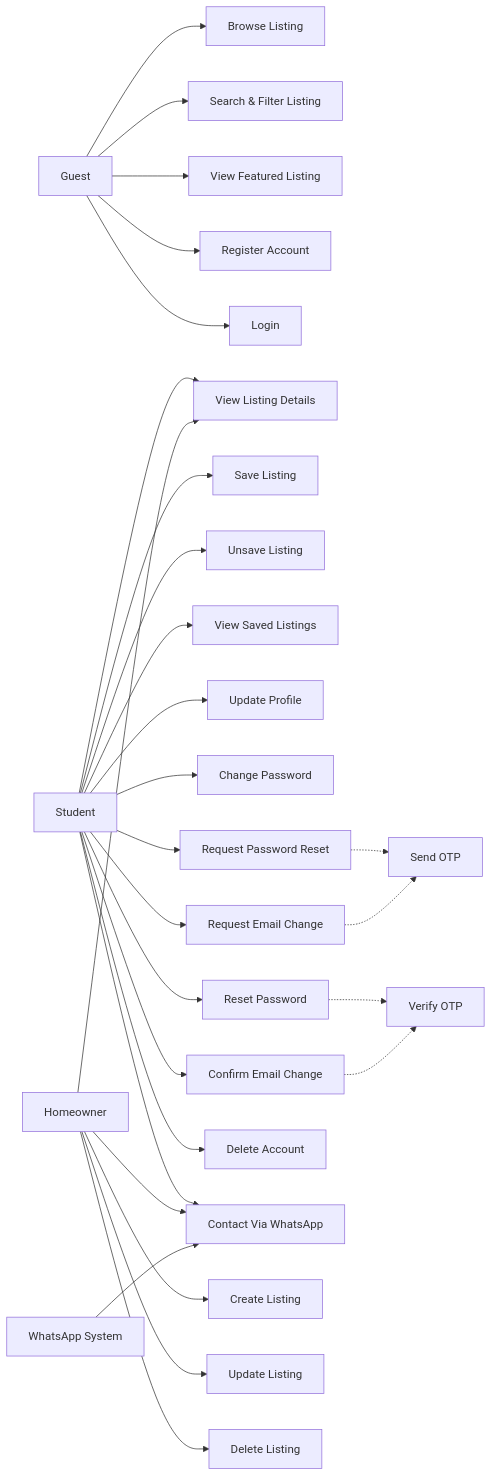
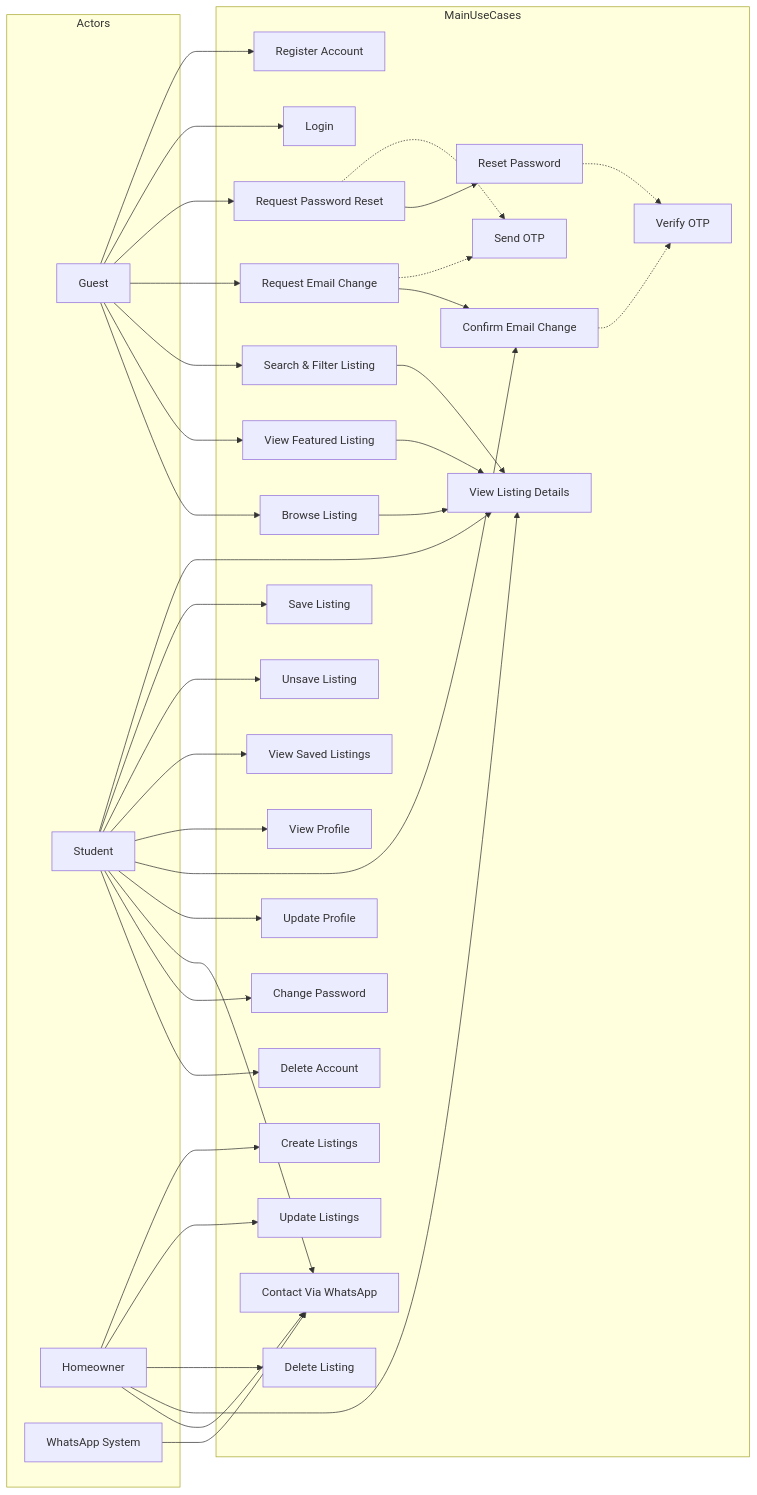
Before and after one commit to tabaraksheikh/Roommie: the sixth of 7 diagrams in Architecture.md, drawn with Mermaid.

Commit message:
update architecture

````diff
--- a/Architecture.md
+++ b/Architecture.md
@@ -570,34 +570,72 @@
 ```mermaid
 flowchart LR
-  Guest[Guest] --> Browse["Browse Listing"]
-  Guest --> SearchFilter["Search & Filter Listing"]
-  Guest --> Featured["View Featured Listing"]
-  Guest --> Register["Register Account"]
-  Guest --> Login["Login"]
+  subgraph Actors
+    GuestA[Guest]
+    StudentA[Student]
+    HomeownerA[Homeowner]
+    WhatsAppSystem["WhatsApp System"]
+  end
 
-  Student[Student] --> Details["View Listing Details"]
-  Student --> Save["Save Listing"]
-  Student --> Unsave["Unsave Listing"]
-  Student --> Saved["View Saved Listings"]
-  Student --> UpdateProfile["Update Profile"]
-  Student --> ChangePassword["Change Password"]
-  Student --> RequestPasswordReset["Request Password Reset"]
-  Student --> ResetPassword["Reset Password"]
-  Student --> RequestEmailChange["Request Email Change"]
-  Student --> ConfirmEmailChange["Confirm Email Change"]
-  Student --> DeleteAccount["Delete Account"]
-  Student --> ContactWhatsApp["Contact Via WhatsApp"]
+  subgraph MainUseCases
+    Register["Register Account"]
+    Login["Login"]
+    RequestPasswordReset["Request Password Reset"]
+    RequestEmailChange["Request Email Change"]
+    ResetPassword["Reset Password"]
+    SaveListing["Save Listing"]
+    UnsaveListing["Unsave Listing"]
+    ViewSaved["View Saved Listings"]
+    DeleteAccount["Delete Account"]
+    ViewProfile["View Profile"]
+    ConfirmEmailChange["Confirm Email Change"]
+    UpdateProfile["Update Profile"]
+    ContactViaWhatsApp["Contact Via WhatsApp"]
+    ChangePassword["Change Password"]
+    DeleteListing["Delete Listing"]
+    CreateListing["Create Listings"]
+    UpdateListing["Update Listings"]
+    SearchFilter["Search & Filter Listing"]
+    ViewFeatured["View Featured Listing"]
+    BrowseListing["Browse Listing"]
+    ViewDetails["View Listing Details"]
+    SendOTP["Send OTP"]
+    VerifyOTP["Verify OTP"]
+  end
 
-  Homeowner[Homeowner] --> CreateListing["Create Listing"]
-  Homeowner --> UpdateListing["Update Listing"]
-  Homeowner --> DeleteListing["Delete Listing"]
-  Homeowner --> Details
-  Homeowner --> ContactWhatsApp
+  GuestA --> Register
+  GuestA --> Login
+  GuestA --> RequestPasswordReset
+  GuestA --> RequestEmailChange
+  GuestA --> SearchFilter
+  GuestA --> ViewFeatured
+  GuestA --> BrowseListing
 
-  WhatsAppSystem["WhatsApp System"] --> ContactWhatsApp
+  StudentA --> ViewDetails
+  StudentA --> SaveListing
+  StudentA --> UnsaveListing
+  StudentA --> ViewSaved
+  StudentA --> ViewProfile
+  StudentA --> ConfirmEmailChange
+  StudentA --> UpdateProfile
+  StudentA --> ContactViaWhatsApp
+  StudentA --> ChangePassword
+  StudentA --> DeleteAccount
 
-  RequestPasswordReset -.-> SendOTP["Send OTP"]
+  HomeownerA --> CreateListing
+  HomeownerA --> UpdateListing
+  HomeownerA --> DeleteListing
+  HomeownerA --> ViewDetails
+  HomeownerA --> ContactViaWhatsApp
+
+  WhatsAppSystem --> ContactViaWhatsApp
+
+  RequestPasswordReset -.-> SendOTP
   RequestEmailChange -.-> SendOTP
-  ResetPassword -.-> VerifyOTP["Verify OTP"]
+  ResetPassword -.-> VerifyOTP
   ConfirmEmailChange -.-> VerifyOTP
+  RequestPasswordReset --> ResetPassword
+  RequestEmailChange --> ConfirmEmailChange
+  SearchFilter --> ViewDetails
+  BrowseListing --> ViewDetails
+  ViewFeatured --> ViewDetails
 ```
````
